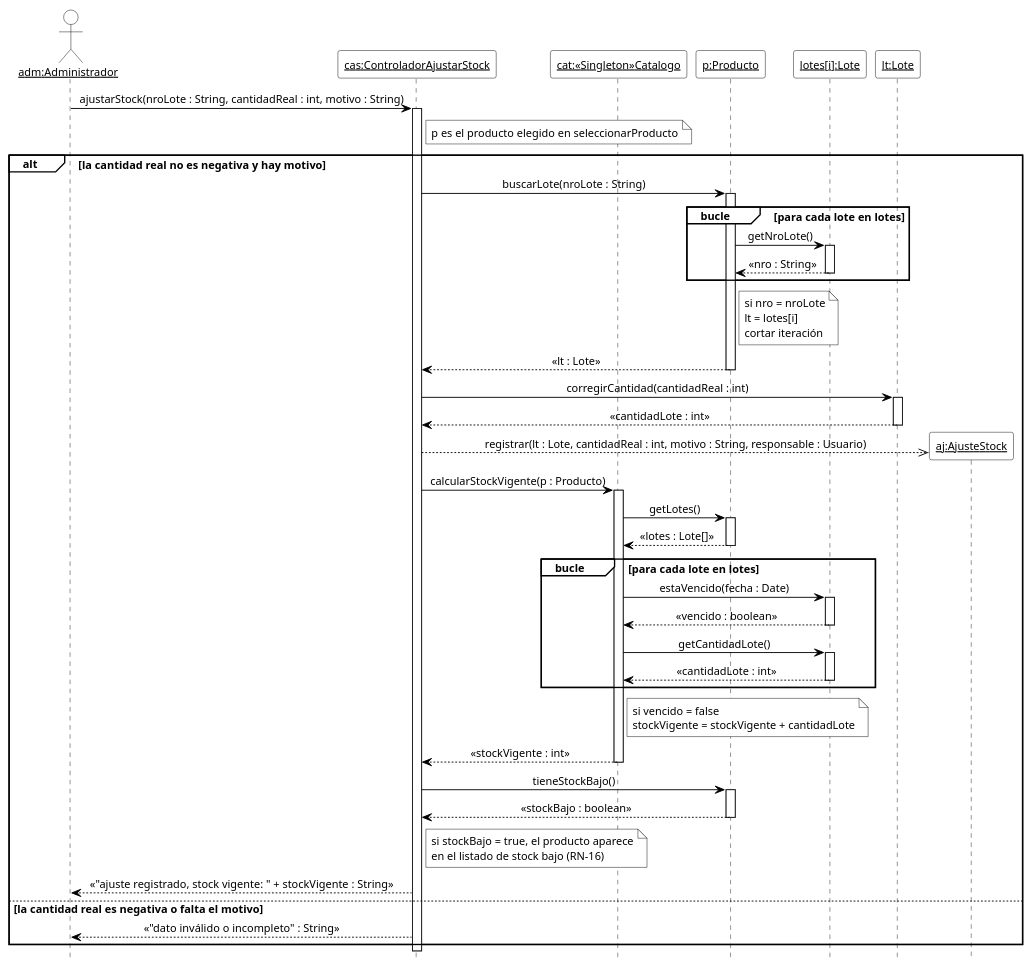
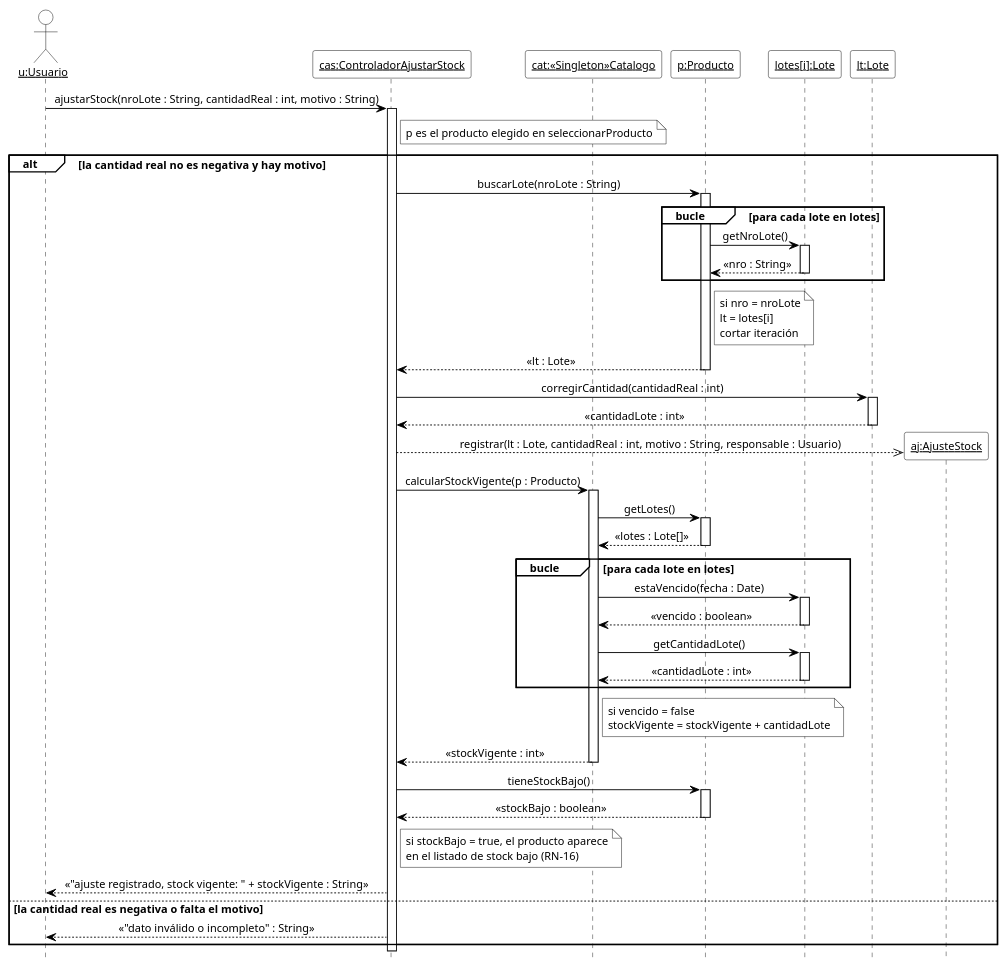
Diagram 13 of 18 in 08-Diagrama De Secuencia/Diagramas_de_Secuencia.md (cirotop/Stock-Project), drawn with PlantUML before and after one commit. The commit also changed other lines of this file and 36 other files, not shown here.

````diff
--- a/08-Diagrama De Secuencia/Diagramas_de_Secuencia.md
+++ b/08-Diagrama De Secuencia/Diagramas_de_Secuencia.md
@@ -867,74 +867,74 @@
 ```plantuml
 @startuml DSD_CU-06_ajustarStock
 ' Diagrama de Secuencia de Diseño (DSD) - CU-06 Ajustar stock - ajustarStock
 ' Estilo de los ejemplos de la teoría (introducirArticulo / crearNuevaVenta).
 hide footbox
 skinparam shadowing false
 skinparam defaultFontName Arial
 skinparam defaultFontSize 12
 skinparam sequenceMessageAlign center
 skinparam ArrowColor black
 skinparam ParticipantBackgroundColor white
 skinparam ParticipantBorderColor black
 skinparam CollectionsBackgroundColor white
 skinparam CollectionsBorderColor black
 skinparam ActorBackgroundColor white
 skinparam ActorBorderColor black
 skinparam LifeLineBorderColor black
 skinparam LifeLineBackgroundColor white
 skinparam SequenceGroupBackgroundColor white
 skinparam SequenceGroupBorderColor black
 skinparam SequenceGroupHeaderFontColor black
 skinparam NoteBackgroundColor white
 skinparam NoteBorderColor black
 
-actor "<u>adm:Administrador</u>" as adm
+actor "<u>u:Usuario</u>" as u
 participant "<u>cas:ControladorAjustarStock</u>" as cas
 participant "<u>cat:«Singleton»Catalogo</u>" as cat
 participant "<u>p:Producto</u>" as p
 participant "<u>lotes[i]:Lote</u>" as li
 participant "<u>lt:Lote</u>" as lt
 
-adm -> cas ++ : ajustarStock(nroLote : String, cantidadReal : int, motivo : String)
+u -> cas ++ : ajustarStock(nroLote : String, cantidadReal : int, motivo : String)
 note right of cas : p es el producto elegido en seleccionarProducto
 alt la cantidad real no es negativa y hay motivo
   cas -> p ++ : buscarLote(nroLote : String)
   group bucle [para cada lote en lotes]
     p -> li ++ : getNroLote()
     li --> p -- : «nro : String»
   end
   note right of p
     si nro = nroLote
     lt = lotes[i]
     cortar iteración
   end note
   p --> cas -- : «lt : Lote»
   cas -> lt ++ : corregirCantidad(cantidadReal : int)
   lt --> cas -- : «cantidadLote : int»
   create participant "<u>aj:AjusteStock</u>" as aj
   cas -->> aj : registrar(lt : Lote, cantidadReal : int, motivo : String, responsable : Usuario)
   cas -> cat ++ : calcularStockVigente(p : Producto)
   cat -> p ++ : getLotes()
   p --> cat -- : «lotes : Lote[]»
   group bucle [para cada lote en lotes]
     cat -> li ++ : estaVencido(fecha : Date)
     li --> cat -- : «vencido : boolean»
     cat -> li ++ : getCantidadLote()
     li --> cat -- : «cantidadLote : int»
   end
   note right of cat
     si vencido = false
     stockVigente = stockVigente + cantidadLote
   end note
   cat --> cas -- : «stockVigente : int»
   cas -> p ++ : tieneStockBajo()
   p --> cas -- : «stockBajo : boolean»
   note right of cas : si stockBajo = true, el producto aparece\nen el listado de stock bajo (RN-16)
-  cas --> adm : «"ajuste registrado, stock vigente: " + stockVigente : String»
+  cas --> u : «"ajuste registrado, stock vigente: " + stockVigente : String»
 else la cantidad real es negativa o falta el motivo
-  cas --> adm : «"dato inválido o incompleto" : String»
+  cas --> u : «"dato inválido o incompleto" : String»
 end
 deactivate cas
 
 @enduml
 ```
````
